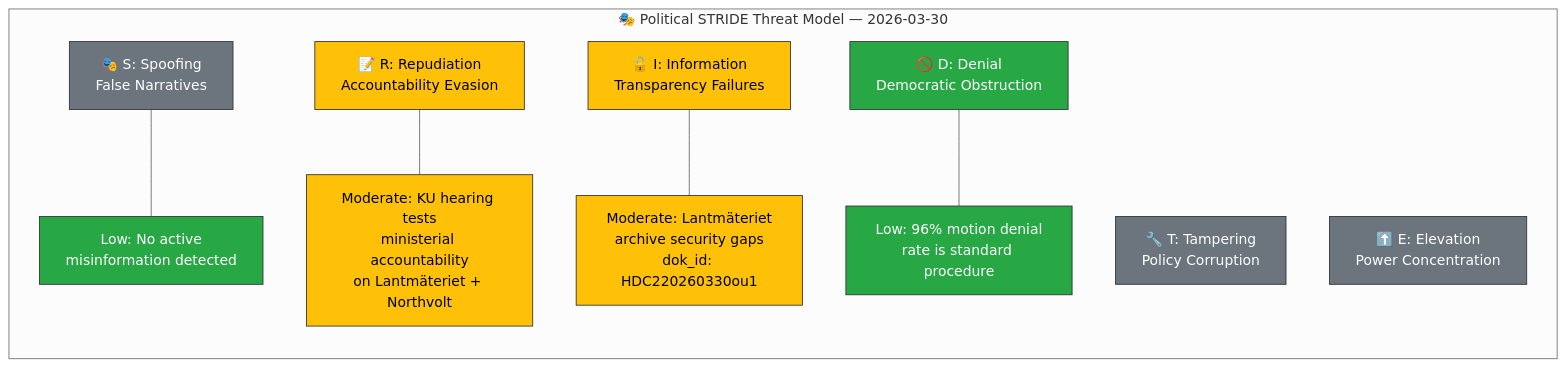
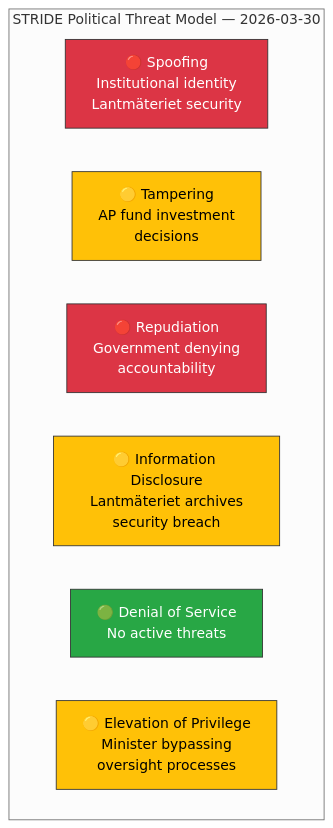
The diagram in analysis/daily/2026-03-30/threat-analysis.md (Hack23/riksdagsmonitor), drawn with Mermaid (neutral theme) before and after one commit. The commit also changed other lines of this file and 37 other files, not shown here.

First line of the commit message:
📊 Enhanced analysis: KU hearings on Northvolt & Lantmäteriet security - 2026-03-30

````diff
--- a/analysis/daily/2026-03-30/threat-analysis.md
+++ b/analysis/daily/2026-03-30/threat-analysis.md
@@ -25,27 +18,18 @@
 ```mermaid
-graph LR
-    subgraph "🎭 Political STRIDE Threat Model — 2026-03-30"
-        S["🎭 S: Spoofing<br/>False Narratives"]
-        T["🔧 T: Tampering<br/>Policy Corruption"]
-        R["📝 R: Repudiation<br/>Accountability Evasion"]
-        I["🔓 I: Information<br/>Transparency Failures"]
-        D["🚫 D: Denial<br/>Democratic Obstruction"]
-        E["⬆️ E: Elevation<br/>Power Concentration"]
-
-        S --- S1["Low: No active<br/>misinformation detected"]
-        R --- R1["Moderate: KU hearing tests<br/>ministerial accountability<br/>on Lantmäteriet + Northvolt"]
-        I --- I1["Moderate: Lantmäteriet<br/>archive security gaps<br/>dok_id: HDC220260330ou1"]
-        D --- D1["Low: 96% motion denial<br/>rate is standard procedure"]
+graph TB
+    subgraph "STRIDE Political Threat Model — 2026-03-30"
+        S["🔴 Spoofing<br/>Institutional identity<br/>Lantmäteriet security"]
+        T["🟡 Tampering<br/>AP fund investment<br/>decisions"]
+        R["🔴 Repudiation<br/>Government denying<br/>accountability"]
+        I["🟡 Information Disclosure<br/>Lantmäteriet archives<br/>security breach"]
+        D["🟢 Denial of Service<br/>No active threats"]
+        E["🟡 Elevation of Privilege<br/>Minister bypassing<br/>oversight processes"]
     end
-
-    style S fill:#6c757d,stroke:#333,color:#fff
-    style T fill:#6c757d,stroke:#333,color:#fff
-    style R fill:#ffc107,stroke:#333,color:#000
+    
+    style S fill:#dc3545,stroke:#333,color:#fff
+    style T fill:#ffc107,stroke:#333,color:#000
+    style R fill:#dc3545,stroke:#333,color:#fff
     style I fill:#ffc107,stroke:#333,color:#000
     style D fill:#28a745,stroke:#333,color:#fff
-    style E fill:#6c757d,stroke:#333,color:#fff
-    style S1 fill:#28a745,stroke:#333,color:#fff
-    style R1 fill:#ffc107,stroke:#333,color:#000
-    style I1 fill:#ffc107,stroke:#333,color:#000
-    style D1 fill:#28a745,stroke:#333,color:#fff
+    style E fill:#ffc107,stroke:#333,color:#000
 ```
````
